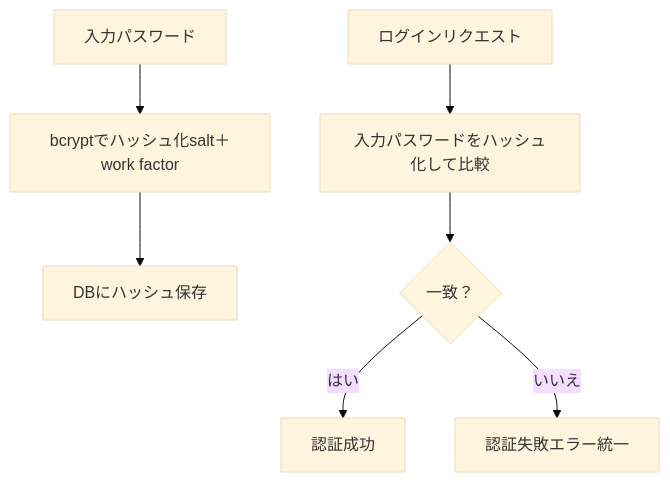
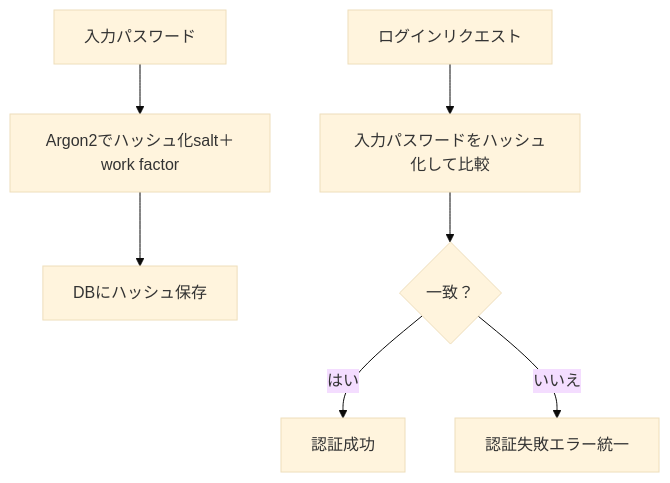
The sixth of 9 diagrams in .qoder/repowiki/ja/content/セキュリティ.md (ss8806/Todos), drawn with Mermaid (base theme) before and after one commit. The commit also changed other lines of this file and 6 other files, not shown here.

````diff
--- a/.qoder/repowiki/ja/content/セキュリティ.md
+++ b/.qoder/repowiki/ja/content/セキュリティ.md
@@ -237,9 +257,9 @@
 ```mermaid
 flowchart TD
-P["入力パスワード"] --> Hash["bcryptでハッシュ化salt＋work factor"]
+P["入力パスワード"] --> Hash["Argon2でハッシュ化salt＋work factor"]
 Hash --> Store["DBにハッシュ保存"]
 Login["ログインリクエスト"] --> Verify["入力パスワードをハッシュ化して比較"]
 Verify --> Match{"一致？"}
 Match --> |はい| OK["認証成功"]
 Match --> |いいえ| NG["認証失敗エラー統一"]
 ```
````
